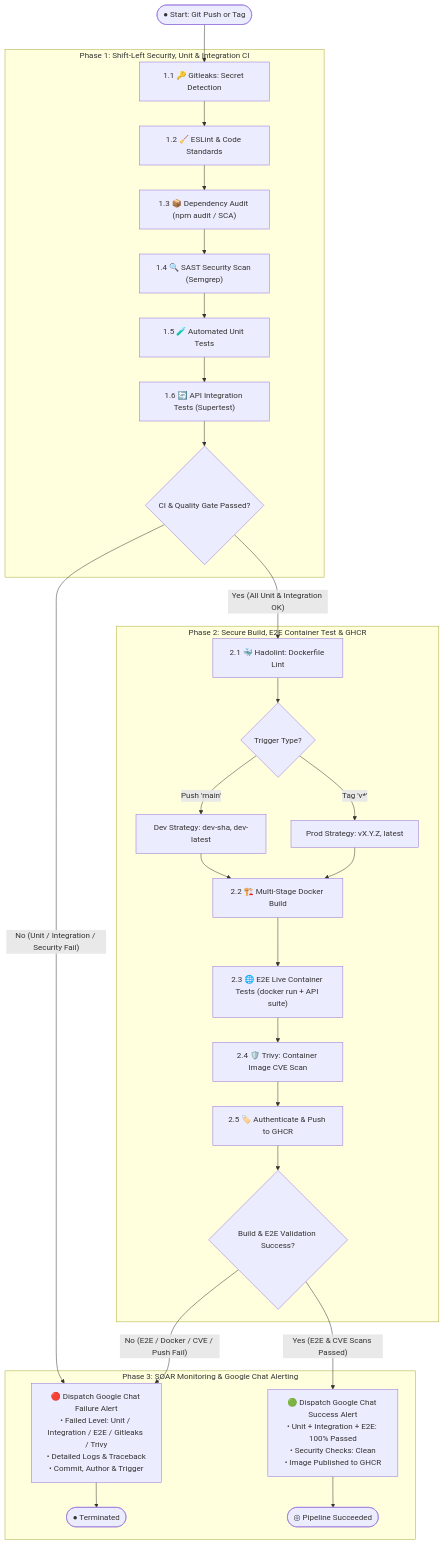
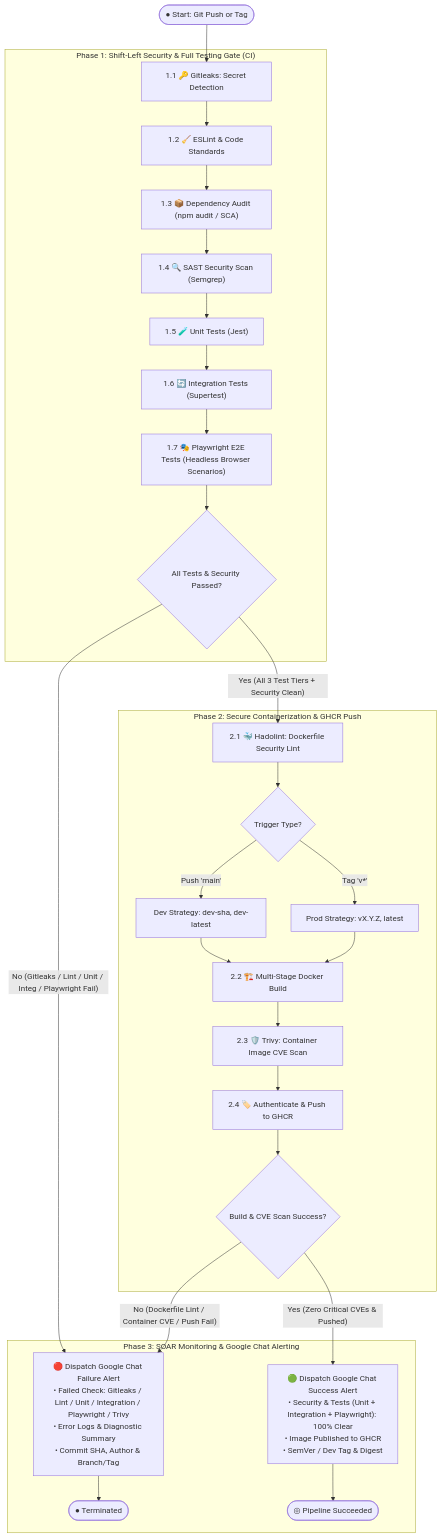
The diagram in README.md (konstantine-garozashvili/ci-cd-kube), drawn with Mermaid before and after one commit. The commit also changed other lines of this file and 2 other files, not shown here.

Commit message:
docs(arch): position Playwright E2E testing in Phase 1 pre-build gate

````diff
--- a/README.md
+++ b/README.md
@@ -23,40 +23,40 @@
 ```mermaid
 flowchart TD
     StartNode(["● Start: Git Push or Tag"]) --> SecretGate
 
-    subgraph PHASE1 ["Phase 1: Shift-Left Security, Unit & Integration CI"]
+    subgraph PHASE1 ["Phase 1: Shift-Left Security & Full Testing Gate (CI)"]
         SecretGate["1.1 🔑 Gitleaks: Secret Detection"]
         SecretGate --> Lint["1.2 🧹 ESLint & Code Standards"]
         Lint --> DepAudit["1.3 📦 Dependency Audit (npm audit / SCA)"]
         DepAudit --> SAST["1.4 🔍 SAST Security Scan (Semgrep)"]
-        SAST --> UnitTests["1.5 🧪 Automated Unit Tests"]
-        UnitTests --> IntegrationTests["1.6 🔄 API Integration Tests (Supertest)"]
-        IntegrationTests --> Phase1Dec{"CI & Quality Gate Passed?"}
+        SAST --> UnitTests["1.5 🧪 Unit Tests (Jest)"]
+        UnitTests --> IntegrationTests["1.6 🔄 Integration Tests (Supertest)"]
+        IntegrationTests --> PlaywrightE2E["1.7 🎭 Playwright E2E Tests (Headless Browser Scenarios)"]
+        PlaywrightE2E --> Phase1Dec{"All Tests & Security Passed?"}
     end
 
-    subgraph PHASE2 ["Phase 2: Secure Build, E2E Container Test & GHCR"]
-        Hadolint["2.1 🐳 Hadolint: Dockerfile Lint"]
+    subgraph PHASE2 ["Phase 2: Secure Containerization & GHCR Push"]
+        Hadolint["2.1 🐳 Hadolint: Dockerfile Security Lint"]
         Hadolint --> CheckTrigger{"Trigger Type?"}
         CheckTrigger -->|"Push 'main'"| DevTag["Dev Strategy: dev-sha, dev-latest"]
         CheckTrigger -->|"Tag 'v*'"| ProdTag["Prod Strategy: vX.Y.Z, latest"]
         DevTag --> DockerBuild["2.2 🏗️ Multi-Stage Docker Build"]
         ProdTag --> DockerBuild
-        DockerBuild --> E2ETests["2.3 🌐 E2E Live Container Tests (docker run + API suite)"]
-        E2ETests --> TrivyScan["2.4 🛡️ Trivy: Container Image CVE Scan"]
-        TrivyScan --> PushGHCR["2.5 🏷️ Authenticate & Push to GHCR"]
-        PushGHCR --> Phase2Dec{"Build & E2E Validation Success?"}
+        DockerBuild --> TrivyScan["2.3 🛡️ Trivy: Container Image CVE Scan"]
+        TrivyScan --> PushGHCR["2.4 🏷️ Authenticate & Push to GHCR"]
+        PushGHCR --> Phase2Dec{"Build & CVE Scan Success?"}
     end
 
     subgraph PHASE3 ["Phase 3: SOAR Monitoring & Google Chat Alerting"]
-        FailAlert["🔴 Dispatch Google Chat Failure Alert<br/>• Failed Level: Unit / Integration / E2E / Gitleaks / Trivy<br/>• Detailed Logs & Traceback<br/>• Commit, Author & Trigger"] --> TermFail(["● Terminated"])
-        SuccAlert["🟢 Dispatch Google Chat Success Alert<br/>• Unit + Integration + E2E: 100% Passed<br/>• Security Checks: Clean<br/>• Image Published to GHCR"] --> TermSucc(["◎ Pipeline Succeeded"])
+        FailAlert["🔴 Dispatch Google Chat Failure Alert<br/>• Failed Check: Gitleaks / Lint / Unit / Integration / Playwright / Trivy<br/>• Error Logs & Diagnostic Summary<br/>• Commit SHA, Author & Branch/Tag"] --> TermFail(["● Terminated"])
+        SuccAlert["🟢 Dispatch Google Chat Success Alert<br/>• Security & Tests (Unit + Integration + Playwright): 100% Clear<br/>• Image Published to GHCR<br/>• SemVer / Dev Tag & Digest"] --> TermSucc(["◎ Pipeline Succeeded"])
     end
 
     %% Success Transitions
-    Phase1Dec -->|"Yes (All Unit & Integration OK)"| Hadolint
-    Phase2Dec -->|"Yes (E2E & CVE Scans Passed)"| SuccAlert
+    Phase1Dec -->|"Yes (All 3 Test Tiers + Security Clean)"| Hadolint
+    Phase2Dec -->|"Yes (Zero Critical CVEs & Pushed)"| SuccAlert
 
-    %% Fail-Fast Transitions
-    Phase1Dec -->|"No (Unit / Integration / Security Fail)"| FailAlert
-    Phase2Dec -->|"No (E2E / Docker / CVE / Push Fail)"| FailAlert
+    %% Fail-Fast Transitions (Immediate Alert & Terminate)
+    Phase1Dec -->|"No (Gitleaks / Lint / Unit / Integ / Playwright Fail)"| FailAlert
+    Phase2Dec -->|"No (Dockerfile Lint / Container CVE / Push Fail)"| FailAlert
 ```
````
